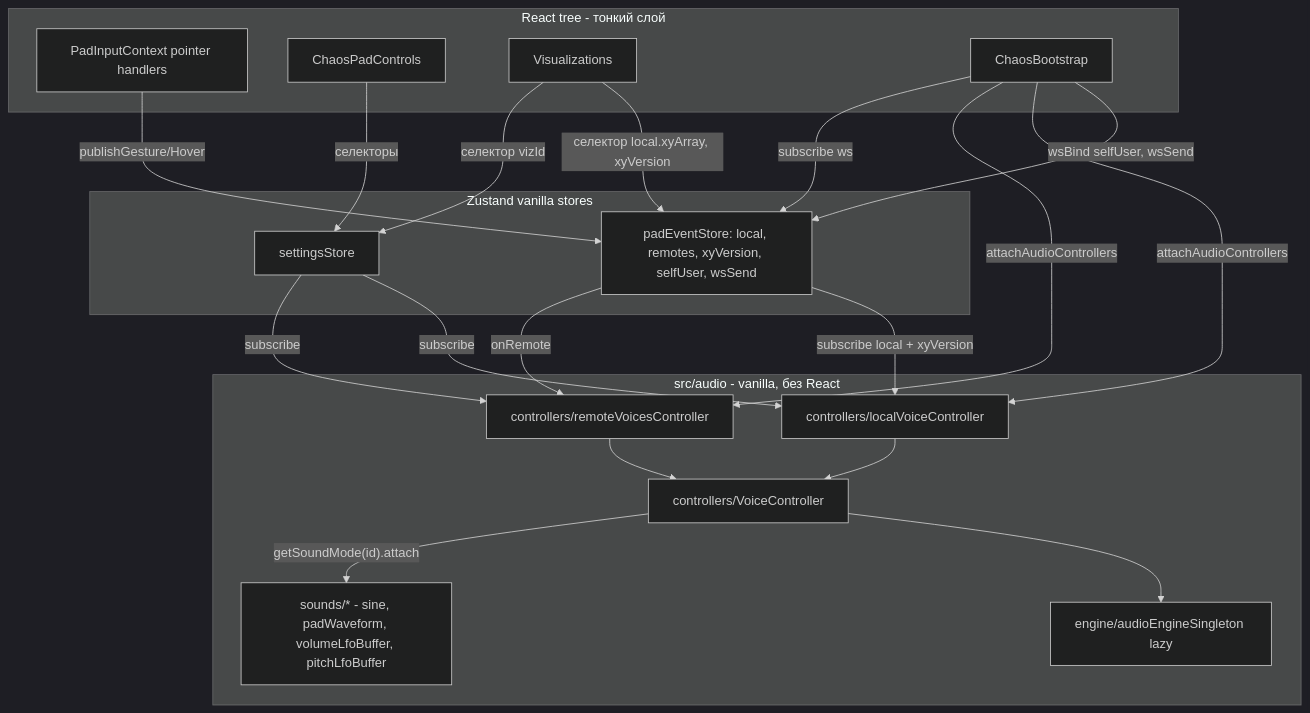
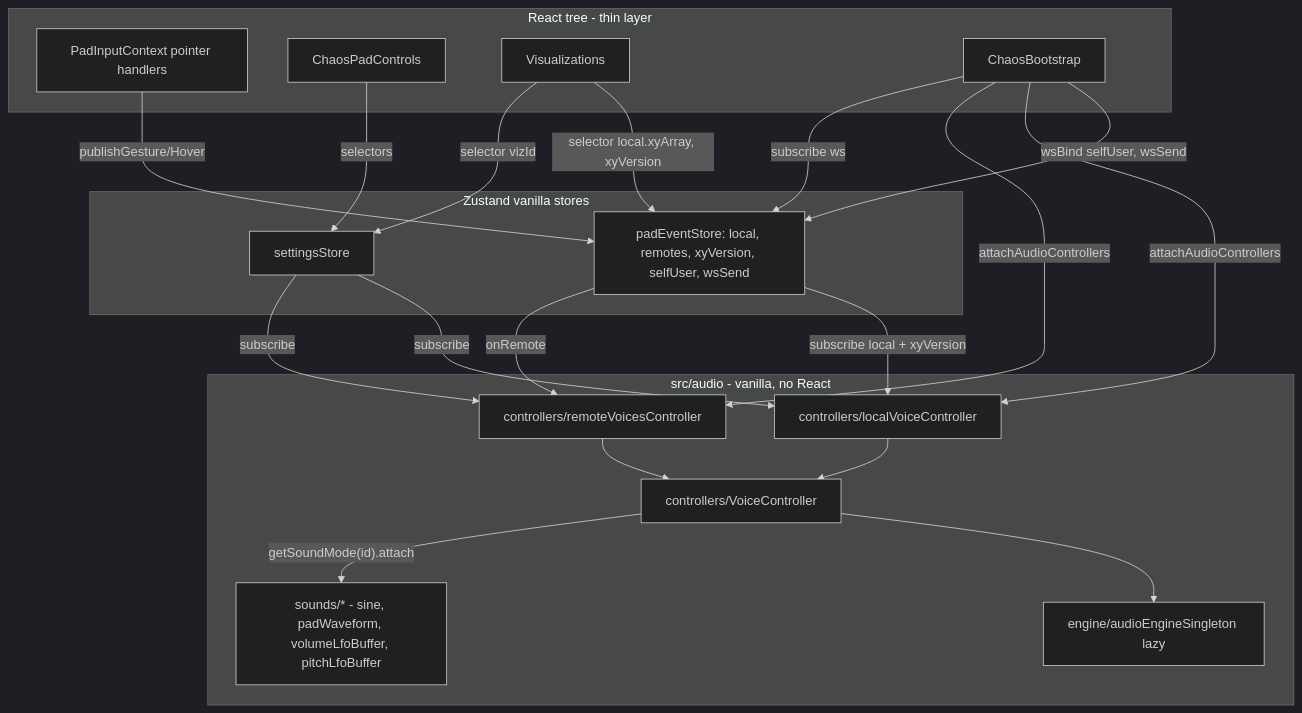
One commit to yatskovanatoly/chaospad changed the diagram in ARCHITECTURE.md. Above: the diagram before and after it, drawn with Mermaid (dark theme). The commit also changed other lines of this file and 1 other file, not shown here.

````diff
--- a/ARCHITECTURE.md
+++ b/ARCHITECTURE.md
@@ -16,36 +16,36 @@
 ```mermaid
 flowchart TB
-  subgraph React [React tree - тонкий слой]
+  subgraph React [React tree - thin layer]
     Pad[PadInputContext pointer handlers]
     Controls[ChaosPadControls]
     Viz[Visualizations]
     Boot[ChaosBootstrap]
   end
   subgraph Stores [Zustand vanilla stores]
     settingsStore
     padEventStore[padEventStore: local, remotes, xyVersion, selfUser, wsSend]
   end
-  subgraph Audio [src/audio - vanilla, без React]
+  subgraph Audio [src/audio - vanilla, no React]
     Engine[engine/audioEngineSingleton lazy]
     LocalCtl[controllers/localVoiceController]
     RemoteCtl[controllers/remoteVoicesController]
     VC[controllers/VoiceController]
     Sounds[sounds/* - sine, padWaveform, volumeLfoBuffer, pitchLfoBuffer]
   end
   Pad -->|publishGesture/Hover| padEventStore
-  Controls -->|селекторы| settingsStore
+  Controls -->|selectors| settingsStore
   Boot -->|wsBind selfUser, wsSend| padEventStore
   Boot -->|attachAudioControllers| LocalCtl
   Boot -->|attachAudioControllers| RemoteCtl
   Boot -->|subscribe ws| padEventStore
   padEventStore -->|subscribe local + xyVersion| LocalCtl
   padEventStore -->|onRemote| RemoteCtl
   settingsStore -->|subscribe| LocalCtl
   settingsStore -->|subscribe| RemoteCtl
   LocalCtl --> VC
   RemoteCtl --> VC
   VC --> Engine
   VC -->|"getSoundMode(id).attach"| Sounds
-  Viz -->|"селектор local.xyArray, xyVersion"| padEventStore
-  Viz -->|селектор vizId| settingsStore
+  Viz -->|"selector local.xyArray, xyVersion"| padEventStore
+  Viz -->|selector vizId| settingsStore
 ```
````
